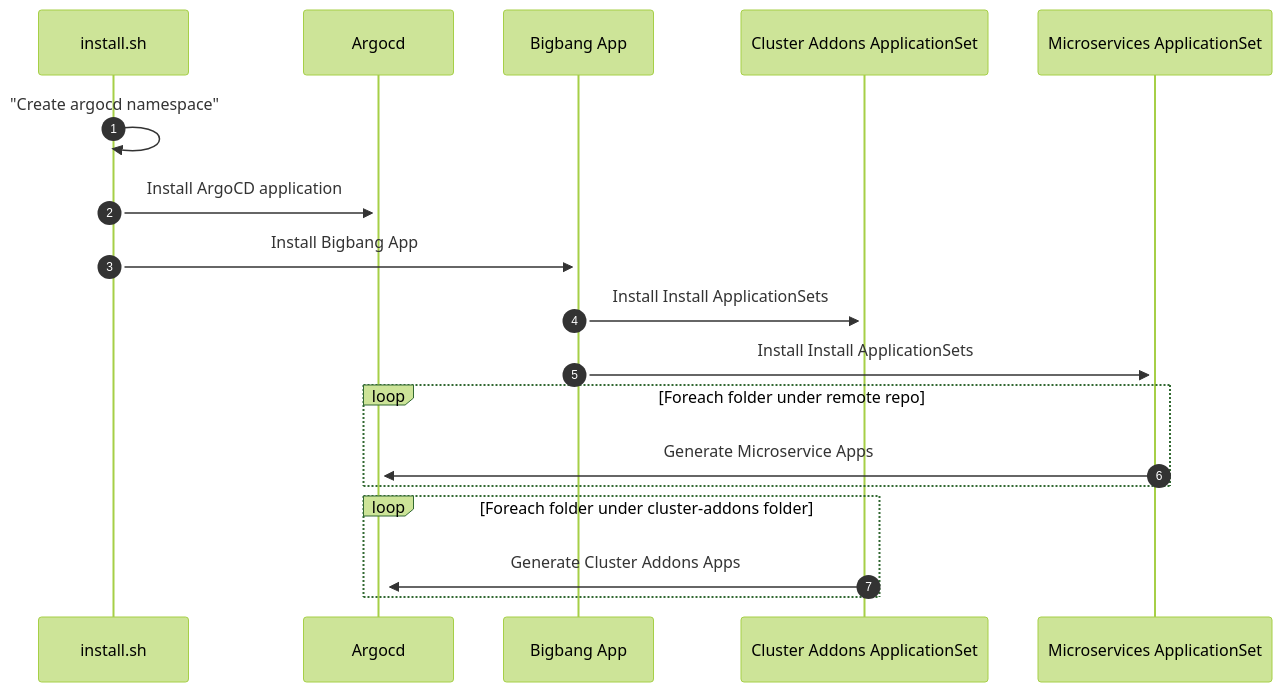
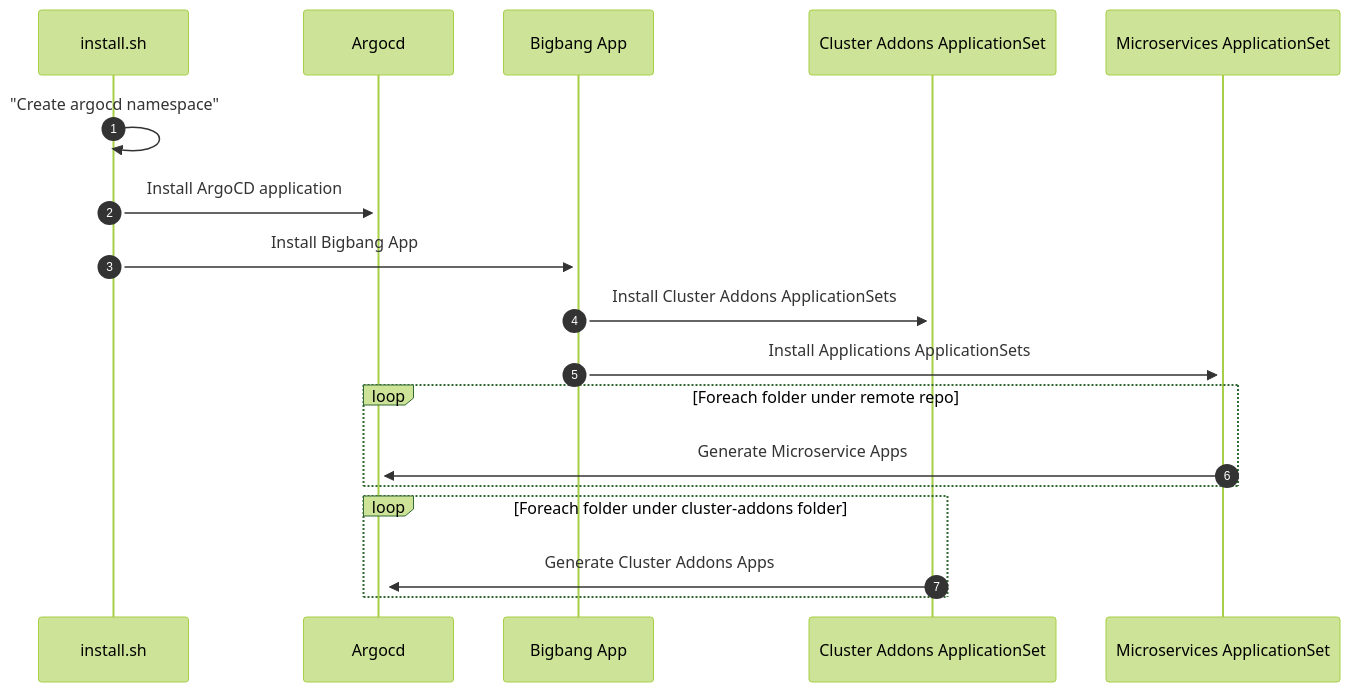
The second of 2 diagrams in README.md (argo-universe/argo-bigbang), drawn with Mermaid before and after one commit. The commit also changed 1 other file, not shown here.

Commit message:
typo fix

````diff
--- a/README.md
+++ b/README.md
@@ -55,20 +55,20 @@
 ```mermaid
 
 sequenceDiagram
 
     autonumber
 
     install.sh->>+install.sh: "Create argocd namespace"
     install.sh->>+Argocd: Install ArgoCD application
     install.sh->>+Bigbang App: Install Bigbang App
-    Bigbang App->>+Cluster Addons ApplicationSet: Install Install ApplicationSets
-    Bigbang App->>+Microservices ApplicationSet: Install Install ApplicationSets
+    Bigbang App->>+Cluster Addons ApplicationSet: Install Cluster Addons ApplicationSets
+    Bigbang App->>+Microservices ApplicationSet: Install Applications ApplicationSets
     loop Foreach folder under remote repo
     Microservices ApplicationSet->>+Argocd: Generate Microservice Apps
     end
     loop Foreach folder under cluster-addons folder
     Cluster Addons ApplicationSet->>+Argocd: Generate Cluster Addons Apps
     end
 
     %%{init:{'theme':'forest'}}%%
 ```
````
